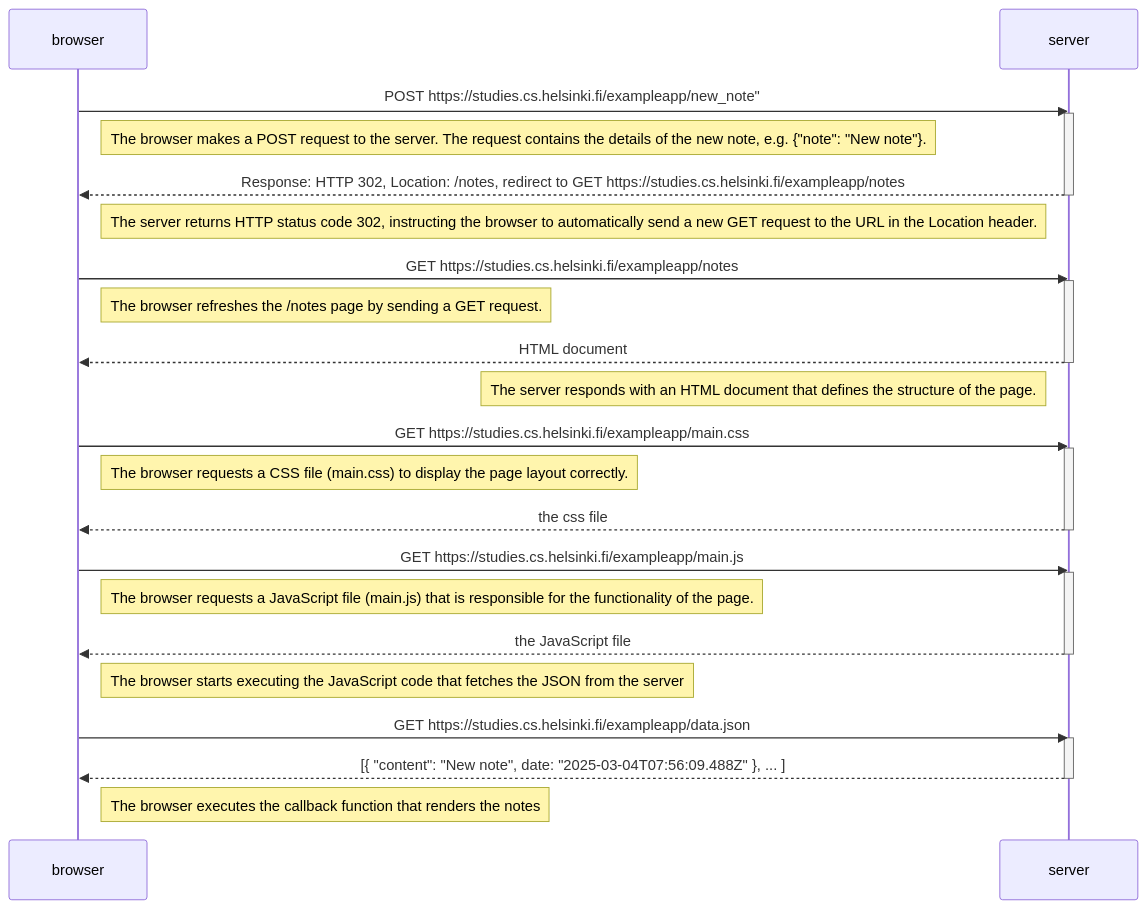
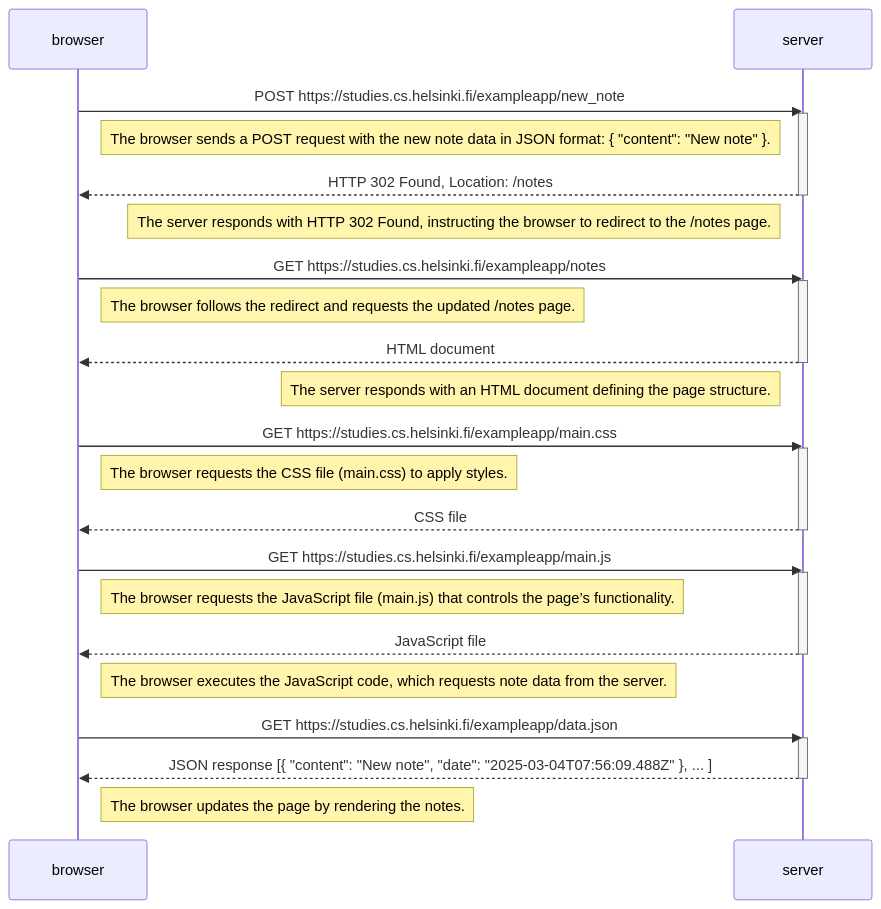
Before and after one commit to Maahantuoja/mooc_fullstackopen_palautusrepositorio: the first of 3 diagrams in osa0/README.md, drawn with Mermaid. The commit also changed other lines of this file, not shown here.

````diff
--- a/osa0/README.md
+++ b/osa0/README.md
@@ -5,50 +5,50 @@
 ```mermaid
 sequenceDiagram
     participant browser
     participant server
     
-    browser->>server: POST https://studies.cs.helsinki.fi/exampleapp/new_note"
+    browser->>server: POST https://studies.cs.helsinki.fi/exampleapp/new_note
     activate server
 
-    Note right of browser: The browser makes a POST request to the server. The request contains the details of the new note, e.g. {"note": "New note"}.
+    Note right of browser: The browser sends a POST request with the new note data in JSON format: { "content": "New note" }.
 
-    server-->>browser: Response: HTTP 302, Location: /notes, redirect to GET https://studies.cs.helsinki.fi/exampleapp/notes
+    server-->>browser: HTTP 302 Found, Location: /notes
     deactivate server
 
-    Note left of server: The server returns HTTP status code 302, instructing the browser to automatically send a new GET request to the URL in the Location header.
+    Note left of server: The server responds with HTTP 302 Found, instructing the browser to redirect to the /notes page.
 
     browser->>server: GET https://studies.cs.helsinki.fi/exampleapp/notes
     activate server
 
-    Note right of browser: The browser refreshes the /notes page by sending a GET request.
+    Note right of browser: The browser follows the redirect and requests the updated /notes page.
 
     server-->>browser: HTML document
     deactivate server
 
-    Note left of server: The server responds with an HTML document that defines the structure of the page.
+    Note left of server: The server responds with an HTML document defining the page structure.
 
     browser->>server: GET https://studies.cs.helsinki.fi/exampleapp/main.css
     activate server
 
-    Note right of browser: The browser requests a CSS file (main.css) to display the page layout correctly.
+    Note right of browser: The browser requests the CSS file (main.css) to apply styles.
 
-    server-->>browser: the css file
+    server-->>browser: CSS file
     deactivate server
     
     browser->>server: GET https://studies.cs.helsinki.fi/exampleapp/main.js
     activate server
 
-    Note right of browser: The browser requests a JavaScript file (main.js) that is responsible for the functionality of the page.
+    Note right of browser: The browser requests the JavaScript file (main.js) that controls the page’s functionality.
 
-    server-->>browser: the JavaScript file
+    server-->>browser: JavaScript file
     deactivate server
     
-    Note right of browser: The browser starts executing the JavaScript code that fetches the JSON from the server
-    
+    Note right of browser: The browser executes the JavaScript code, which requests note data from the server.
+
     browser->>server: GET https://studies.cs.helsinki.fi/exampleapp/data.json
     activate server
-    server-->>browser: [{ "content": "New note", date: "2025-03-04T07:56:09.488Z" }, ... ]
+    server-->>browser: JSON response [{ "content": "New note", "date": "2025-03-04T07:56:09.488Z" }, ... ]
     deactivate server    
 
-    Note right of browser: The browser executes the callback function that renders the notes 
+    Note right of browser: The browser updates the page by rendering the notes.
 ```
````
